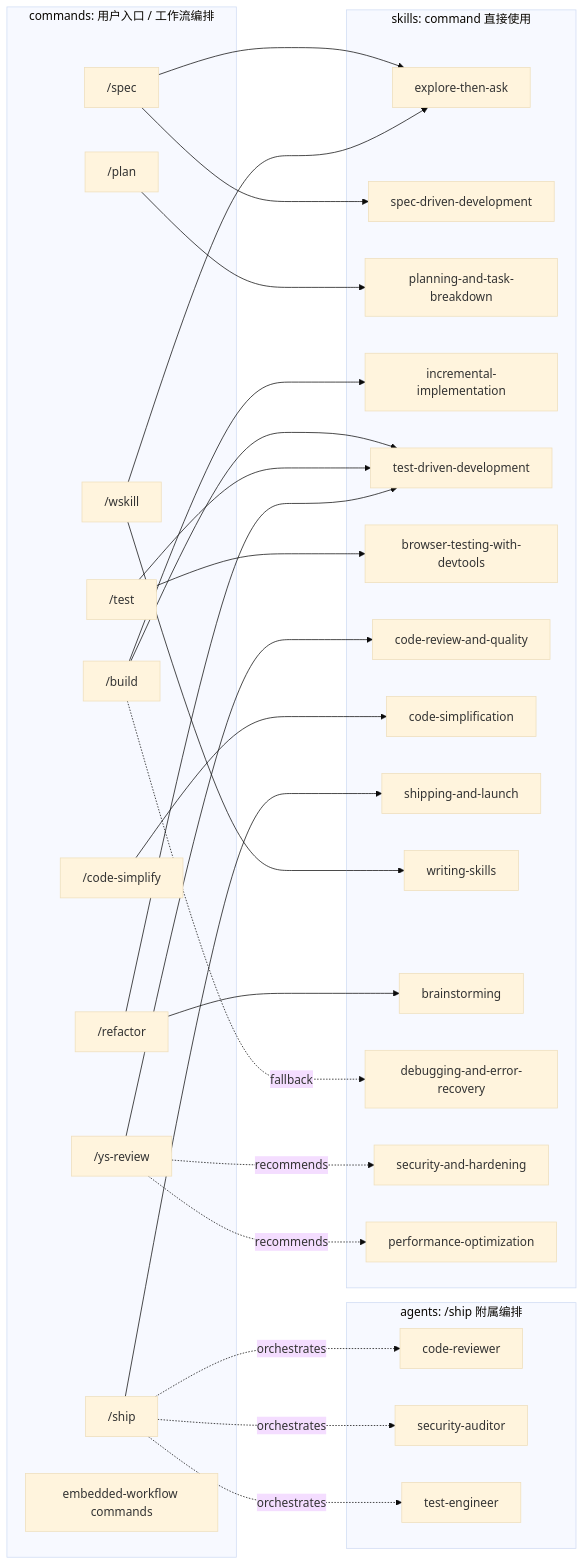
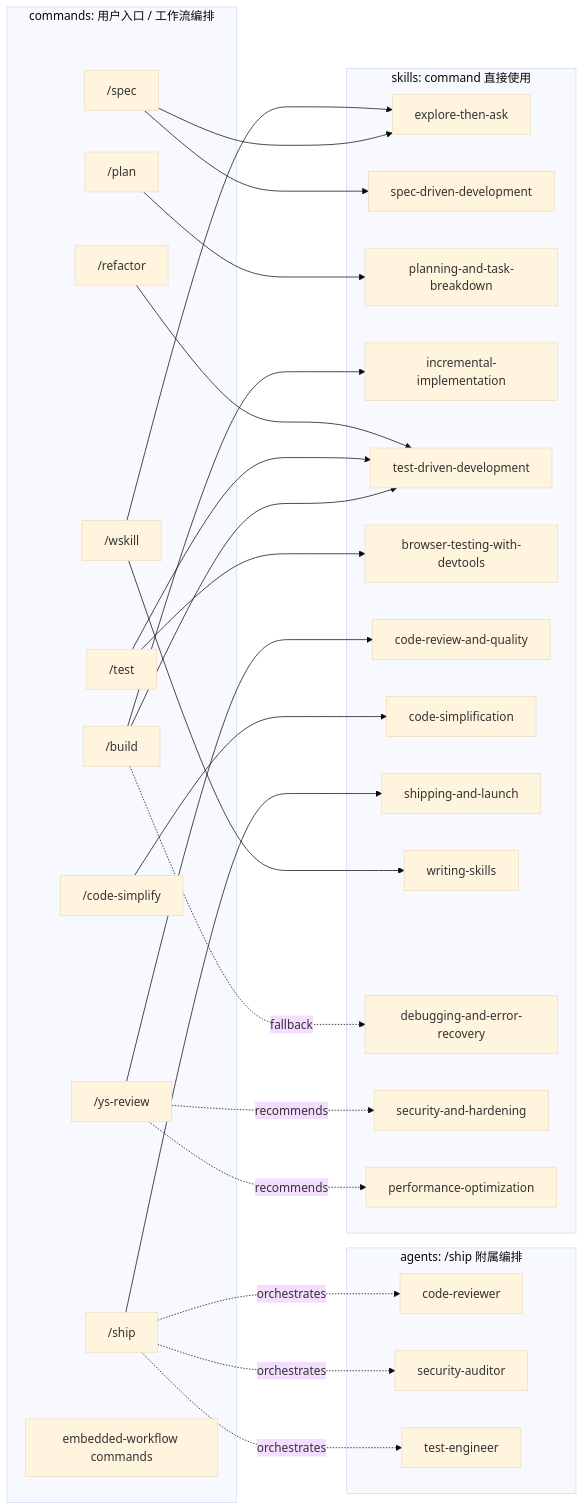
The first of 2 diagrams in docs/codebase/power-dependencies.md (carl10086/ys-powers), drawn with Mermaid (base theme) before and after one commit. The commit also changed other lines of this file and 24 other files, not shown here.

````diff
--- a/docs/codebase/power-dependencies.md
+++ b/docs/codebase/power-dependencies.md
@@ -84,60 +84,58 @@
 ```mermaid
 flowchart LR
     subgraph Commands["commands: 用户入口 / 工作流编排"]
         spec["/spec"]
         plan["/plan"]
         build["/build"]
         test["/test"]
         ysReview["/ys-review"]
         codeSimplify["/code-simplify"]
         ship["/ship"]
         wskill["/wskill"]
         refactor["/refactor"]
         embedded["embedded-workflow commands"]
     end
 
     subgraph Skills["skills: command 直接使用"]
         explore["explore-then-ask"]
         specdev["spec-driven-development"]
         planning["planning-and-task-breakdown"]
         incremental["incremental-implementation"]
         tdd["test-driven-development"]
         browser["browser-testing-with-devtools"]
         reviewSkill["code-review-and-quality"]
         simplify["code-simplification"]
         shipping["shipping-and-launch"]
         writing["writing-skills"]
-        brainstorming["brainstorming"]
         debug["debugging-and-error-recovery"]
         sec["security-and-hardening"]
         perf["performance-optimization"]
     end
 
     subgraph Agents["agents: /ship 附属编排"]
         cr["code-reviewer"]
         sa["security-auditor"]
         te["test-engineer"]
     end
 
     spec --> explore
     spec --> specdev
     plan --> planning
     build --> incremental
     build --> tdd
     test --> tdd
     test --> browser
     ysReview --> reviewSkill
     ysReview -. recommends .-> sec
     ysReview -. recommends .-> perf
     codeSimplify --> simplify
     ship --> shipping
     wskill --> explore
     wskill --> writing
-    refactor --> brainstorming
     refactor --> tdd
     build -. fallback .-> debug
 
     ship -. orchestrates .-> cr
     ship -. orchestrates .-> sa
     ship -. orchestrates .-> te
 ```
````
